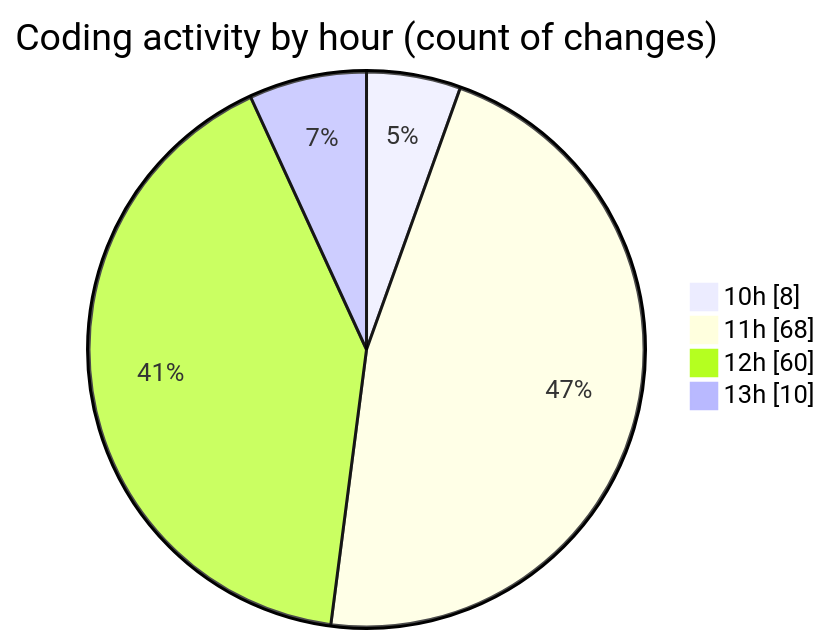
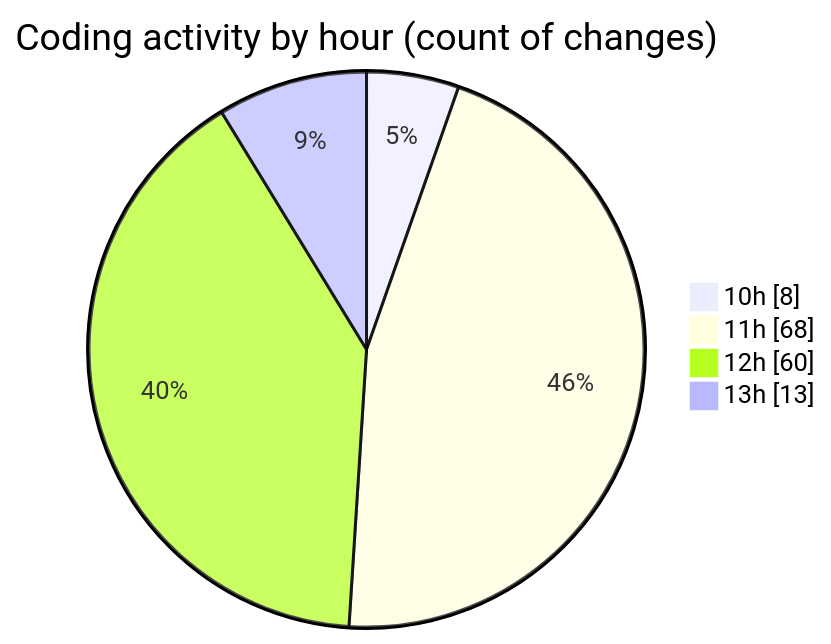
Before and after one commit to nxtqubesakshisongat/code-tracking: the second of 2 diagrams in 2025-08-22/nxtqube_webapp/README.md, drawn with Mermaid. The commit also changed other lines of this file and 1 other file, not shown here.

````diff
--- a/2025-08-22/nxtqube_webapp/README.md
+++ b/2025-08-22/nxtqube_webapp/README.md
@@ -28,8 +28,8 @@
 ```mermaid
 pie showData
 title Coding activity by hour (count of changes)
 "10h" : 8
 "11h" : 68
 "12h" : 60
-"13h" : 10
+"13h" : 13
 ```
````
